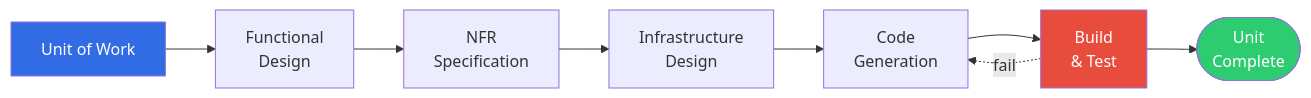
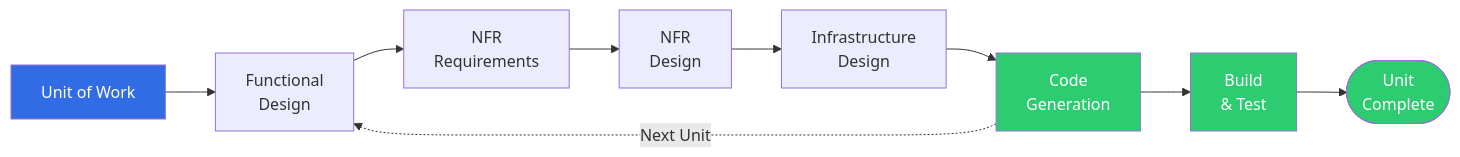
One commit to devfloor9/engineering-playbook changed the eighth of 9 diagrams in docs/aidlc/methodology/adaptive-execution.md. Above: the diagram before and after it, drawn with Mermaid. The commit also changed other lines of this file and 3 other files, not shown here.

````diff
--- a/docs/aidlc/methodology/adaptive-execution.md
+++ b/docs/aidlc/methodology/adaptive-execution.md
@@ -307,14 +311,16 @@
 ```mermaid
 flowchart LR
     UNIT[Unit of Work] --> FD[Functional<br/>Design]
-    FD --> NFR[NFR<br/>Specification]
-    NFR --> INFRA[Infrastructure<br/>Design]
+    FD --> NFRA[NFR<br/>Requirements]
+    NFRA --> NFRD[NFR<br/>Design]
+    NFRD --> INFRA[Infrastructure<br/>Design]
     INFRA --> CG[Code<br/>Generation]
     CG --> BT[Build<br/>& Test]
     BT --> DONE([Unit<br/>Complete])
-    BT -.fail.-> CG
+    CG -.Next Unit.-> FD
 
     style UNIT fill:#326ce5,color:#fff
     style DONE fill:#2ecc71,color:#fff
-    style BT fill:#e74c3c,color:#fff
+    style CG fill:#2ecc71,color:#fff
+    style BT fill:#2ecc71,color:#fff
 ```
````
